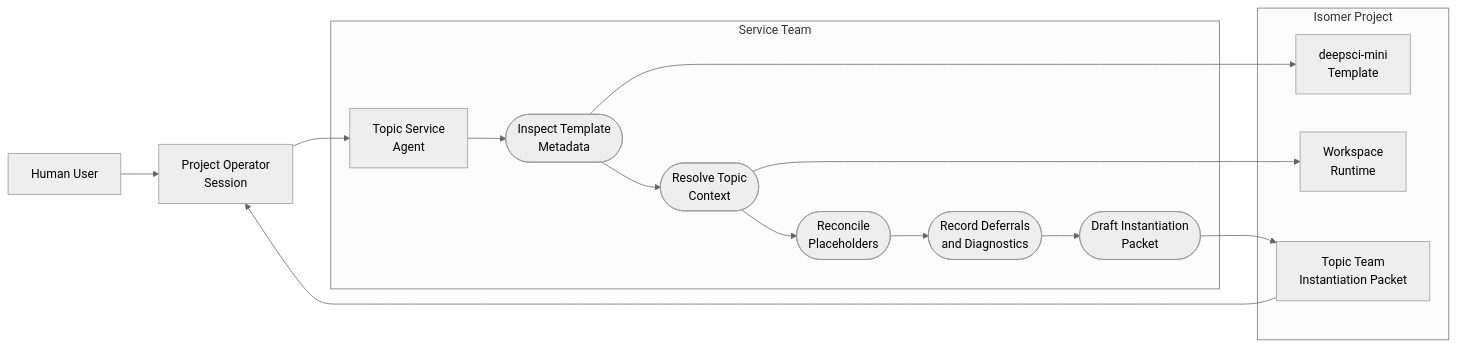
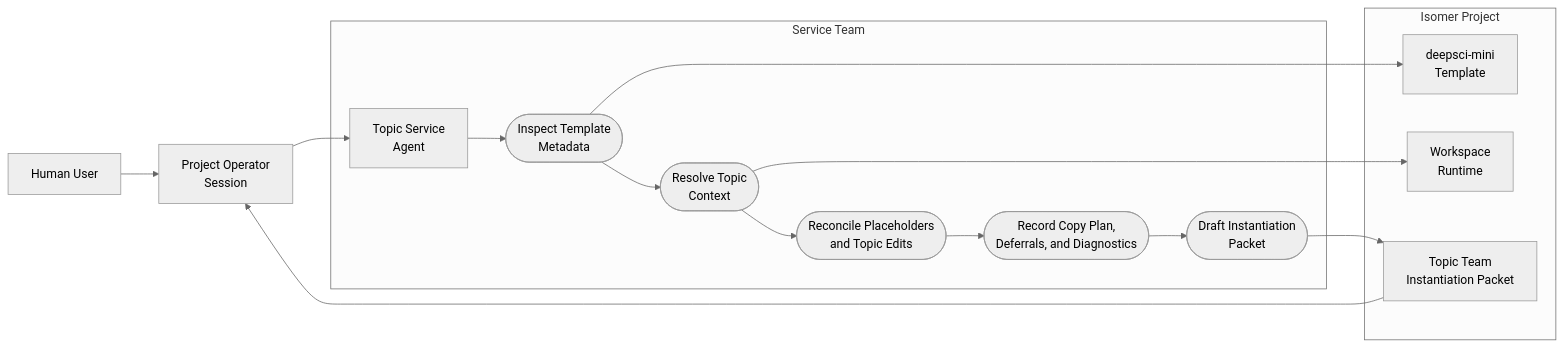
One commit to CodeGandee/isomer-labs changed the first of 2 diagrams in openspec/changes/add-operator-agent-topic-team-instantiation/explore/use-cases/uc-02-topic-service-agent-drafts-instantiation-packet.md. Above: the diagram before and after it, drawn with Mermaid (neutral theme). The commit also changed other lines of this file and 79 other files, not shown here.

````diff
--- a/openspec/changes/add-operator-agent-topic-team-instantiation/explore/use-cases/uc-02-topic-service-agent-drafts-instantiation-packet.md
+++ b/openspec/changes/add-operator-agent-topic-team-instantiation/explore/use-cases/uc-02-topic-service-agent-drafts-instantiation-packet.md
@@ -33,28 +35,28 @@
 ```mermaid
 flowchart LR
   Session[Project Operator<br/>Session]
   User[Human User]
 
   subgraph Service["Service Team"]
     TSA[Topic Service<br/>Agent]
     UC1([Inspect Template<br/>Metadata])
     UC2([Resolve Topic<br/>Context])
-    UC3([Reconcile<br/>Placeholders])
-    UC4([Record Deferrals<br/>and Diagnostics])
+    UC3([Reconcile Placeholders<br/>and Topic Edits])
+    UC4([Record Copy Plan,<br/>Deferrals, and Diagnostics])
     UC5([Draft Instantiation<br/>Packet])
   end
 
   subgraph Isomer["Isomer Project"]
     Template[deepsci-mini<br/>Template]
     Runtime[Workspace<br/>Runtime]
     Packet[Topic Team<br/>Instantiation Packet]
   end
 
   User --> Session
   Session --> TSA
   TSA --> UC1 --> UC2 --> UC3 --> UC4 --> UC5
   UC1 --> Template
   UC2 --> Runtime
   UC5 --> Packet
   Packet --> Session
 ```
````
